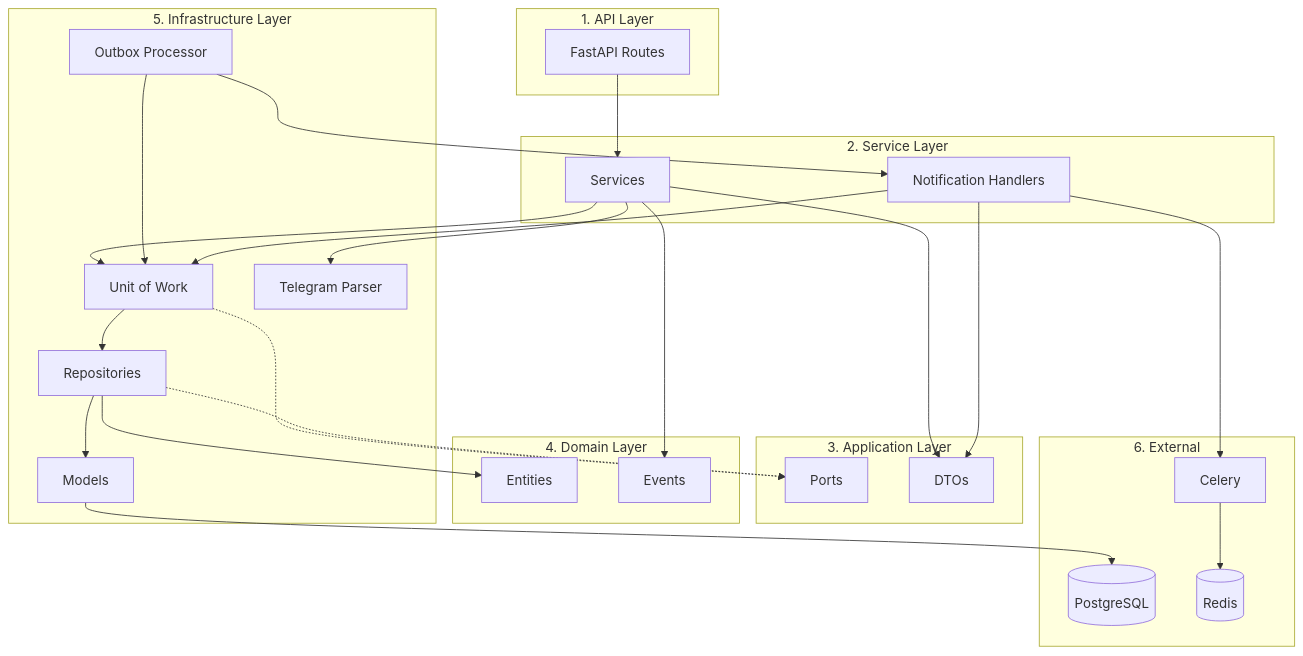
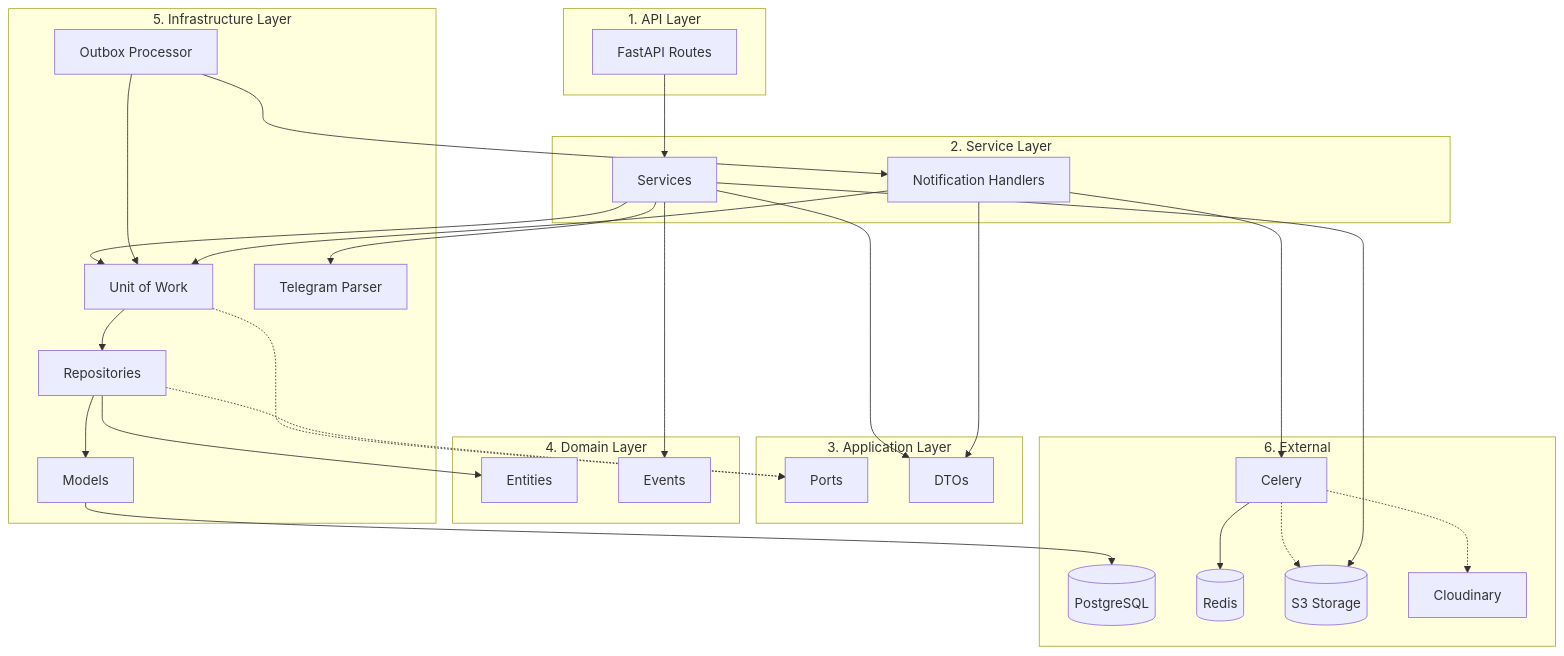
Before and after one commit to Mist3s/leaf-flow: the diagram in README.md, drawn with Mermaid. The commit also changed other lines of this file and 11 other files, not shown here.

````diff
--- a/README.md
+++ b/README.md
@@ -99,58 +104,65 @@
 ```mermaid
 graph TB
     subgraph "1. API Layer"
         Routes[FastAPI Routes]
     end
 
     subgraph "2. Service Layer"
         SVC[Services]
         HANDLERS[Notification Handlers]
     end
 
     subgraph "3. Application Layer"
         PORTS[Ports]
         DTO[DTOs]
     end
 
     subgraph "4. Domain Layer"
         ENTITIES[Entities]
         EVENTS[Events]
     end
 
     subgraph "5. Infrastructure Layer"
         UOW[Unit of Work]
         REPO[Repositories]
         MODELS[Models]
         OUTBOX[Outbox Processor]
         TELEGRAM[Telegram Parser]
     end
 
     subgraph "6. External"
         DB[(PostgreSQL)]
         CELERY[Celery]
         REDIS[(Redis)]
+        S3[(S3 Storage)]
+        CLOUDINARY[Cloudinary]
     end
 
     %% Основной поток запроса
     Routes --> SVC
     SVC --> UOW
     UOW --> REPO
     REPO --> MODELS
     MODELS --> DB
 
     %% Зависимости от абстракций
     SVC --> DTO
     SVC --> EVENTS
     SVC --> TELEGRAM
     REPO --> ENTITIES
     UOW -.-> PORTS
     REPO -.-> PORTS
 
     %% Outbox Pattern
     OUTBOX --> UOW
     OUTBOX --> HANDLERS
     HANDLERS --> UOW
     HANDLERS --> DTO
     HANDLERS --> CELERY
     CELERY --> REDIS
+
+    %% Image Processing (Celery Worker)
+    CELERY -.-> CLOUDINARY
+    CELERY -.-> S3
+    SVC --> S3
 ```
````
